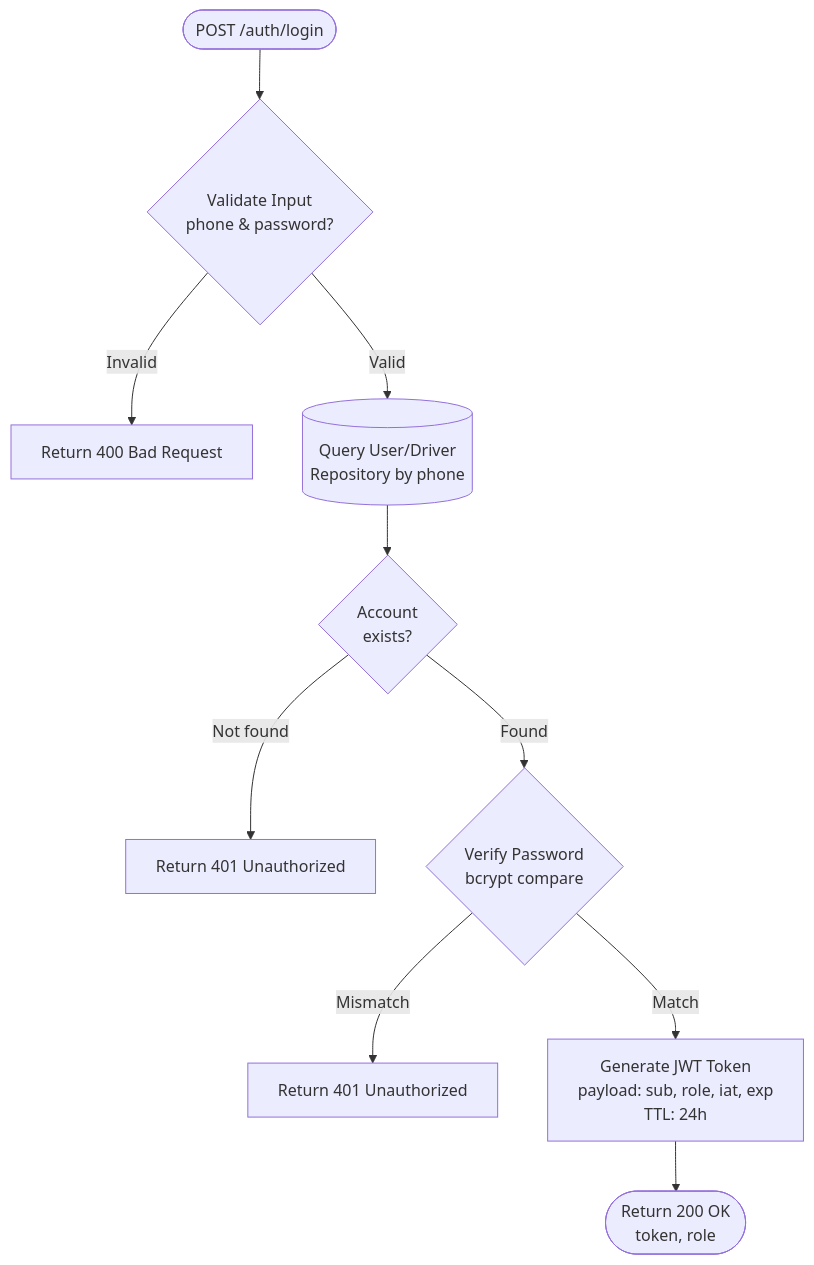
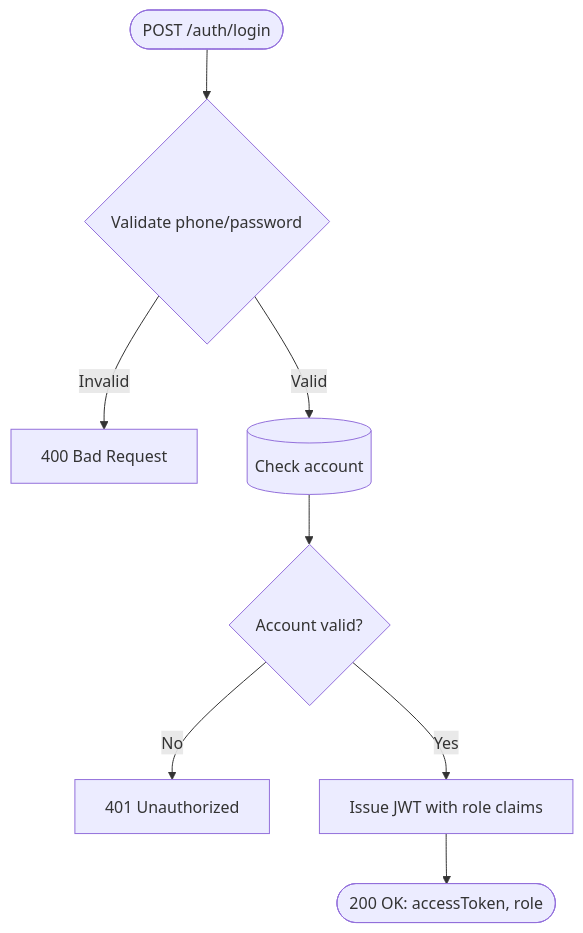
One commit to ImTruong/TrangSM changed the third of 21 diagrams in docs/analysis-and-design.md. Above: the diagram before and after it, drawn with Mermaid. The commit also changed other lines of this file and 32 other files, not shown here.

````diff
--- a/docs/analysis-and-design.md
+++ b/docs/analysis-and-design.md
@@ -346,12 +400,10 @@
 ```mermaid
 flowchart TD
-    A([POST /auth/login]) --> B{Validate Input\nphone & password?}
-    B -->|Invalid| ERR1[Return 400 Bad Request]
-    B -->|Valid| C[(Query User/Driver\nRepository by phone)]
-    C --> D{Account\nexists?}
-    D -->|Not found| ERR2[Return 401 Unauthorized]
-    D -->|Found| E{Verify Password\nbcrypt compare}
-    E -->|Mismatch| ERR3[Return 401 Unauthorized]
-    E -->|Match| F[Generate JWT Token\npayload: sub, role, iat, exp\nTTL: 24h]
-    F --> G([Return 200 OK\ntoken, role])
+    A([POST /auth/login]) --> B{Validate phone/password}
+    B -->|Invalid| E1[400 Bad Request]
+    B -->|Valid| C[(Check account)]
+    C --> D{Account valid?}
+    D -->|No| E2[401 Unauthorized]
+    D -->|Yes| E[Issue JWT with role claims]
+    E --> F([200 OK: accessToken, role])
 ```
````
